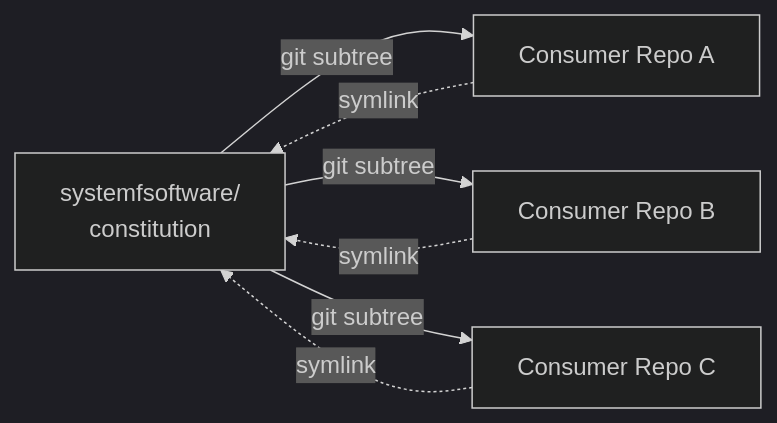
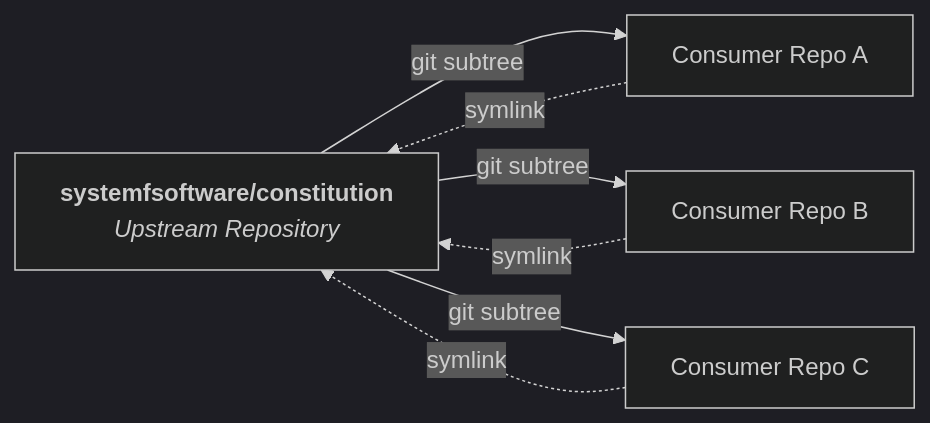
The diagram in README.md (systemfsoftware/systemfsoftware), drawn with Mermaid (dark theme) before and after one commit. The commit also changed other lines of this file and 7 other files, not shown here.

````diff
--- a/README.md
+++ b/README.md
@@ -11,9 +11,9 @@
 ```mermaid
 flowchart LR
-    S[systemfsoftware/<br>constitution] -->|git subtree| A[Consumer Repo A]
+    S["<b>systemfsoftware/constitution</b><br><i>Upstream Repository</i>"] -->|git subtree| A[Consumer Repo A]
     S -->|git subtree| B[Consumer Repo B]
     S -->|git subtree| C[Consumer Repo C]
     A -.symlink.-> S
     B -.symlink.-> S
     C -.symlink.-> S
 ```
````
